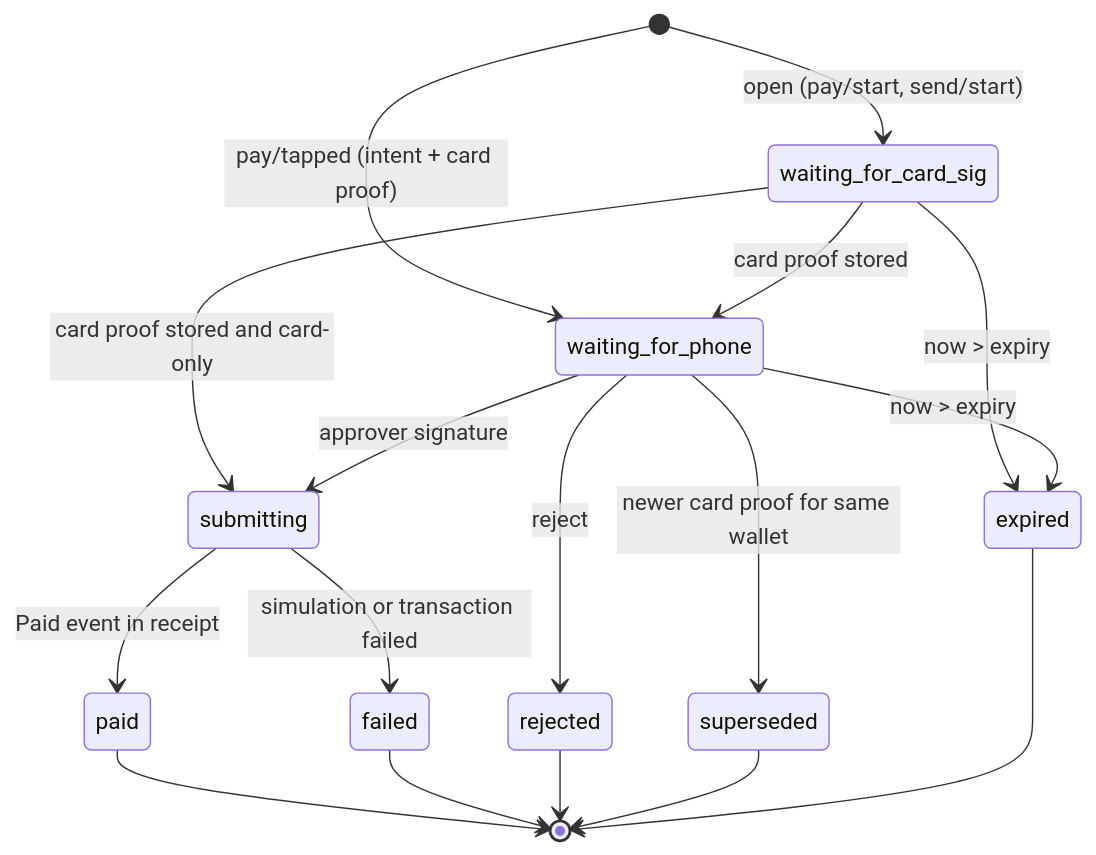
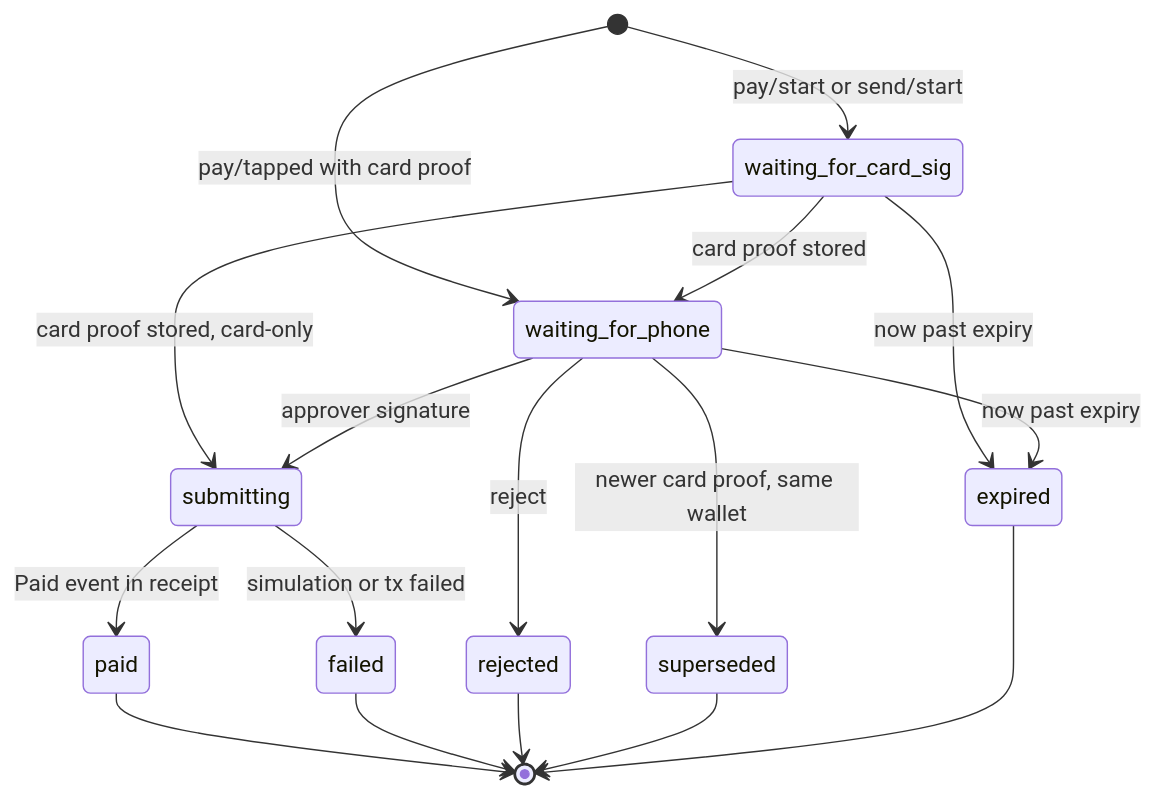
The sixth of 11 diagrams in docs/PROTOCOL.md (team-somehow/tap2eth), drawn with Mermaid before and after one commit. The commit also changed other lines of this file and 1 other file, not shown here.

First line of the commit message:
docs: shorten the white paper and spec, add reader-card diagrams

````diff
--- a/docs/PROTOCOL.md
+++ b/docs/PROTOCOL.md
@@ -860,19 +860,19 @@
 ```mermaid
 stateDiagram-v2
-    [*] --> waiting_for_card_sig: open (pay/start, send/start)
-    [*] --> waiting_for_phone: pay/tapped (intent + card proof)
+    [*] --> waiting_for_card_sig: pay/start or send/start
+    [*] --> waiting_for_phone: pay/tapped with card proof
     waiting_for_card_sig --> waiting_for_phone: card proof stored
-    waiting_for_card_sig --> submitting: card proof stored and card-only
+    waiting_for_card_sig --> submitting: card proof stored, card-only
     waiting_for_phone --> submitting: approver signature
     waiting_for_phone --> rejected: reject
-    waiting_for_phone --> superseded: newer card proof for same wallet
-    waiting_for_card_sig --> expired: now > expiry
-    waiting_for_phone --> expired: now > expiry
+    waiting_for_phone --> superseded: newer card proof, same wallet
+    waiting_for_card_sig --> expired: now past expiry
+    waiting_for_phone --> expired: now past expiry
     submitting --> paid: Paid event in receipt
-    submitting --> failed: simulation or transaction failed
+    submitting --> failed: simulation or tx failed
     paid --> [*]
     failed --> [*]
     rejected --> [*]
     superseded --> [*]
     expired --> [*]
 ```
````
